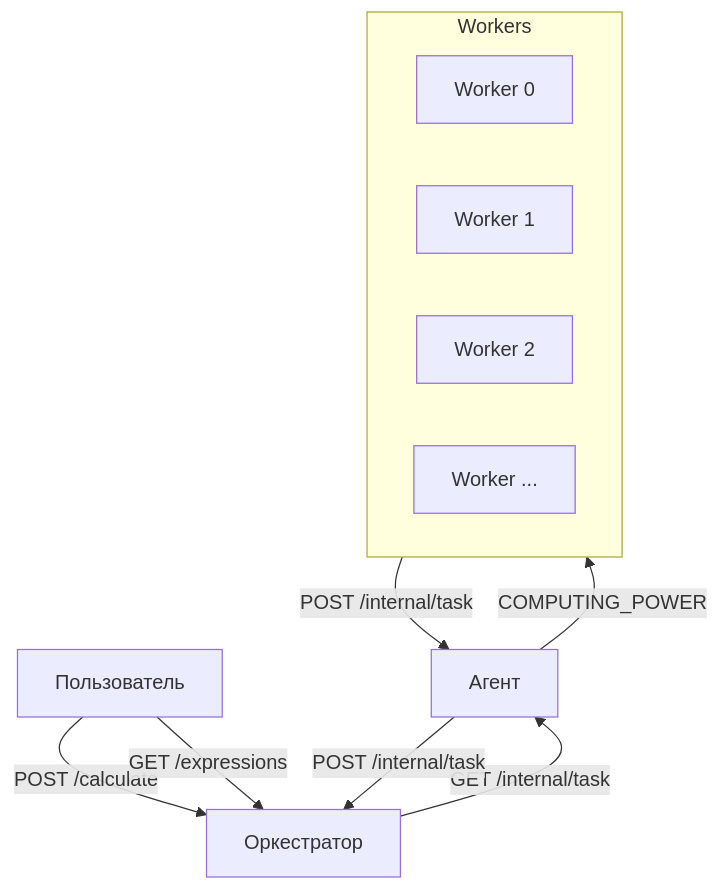
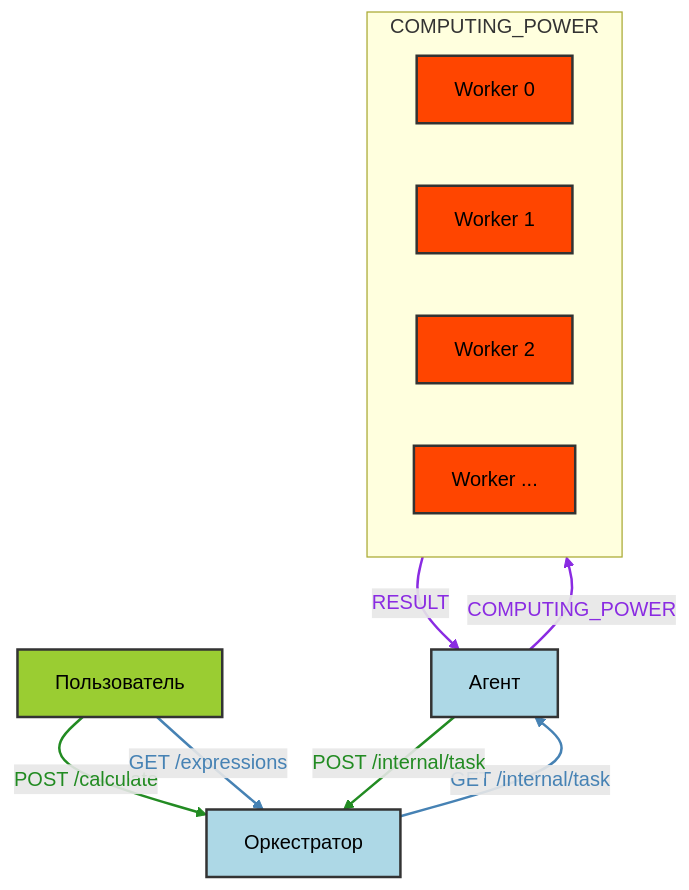
Before and after one commit to Nyamerka/Yandex_Calc_V2: the diagram in README.md, drawn with Mermaid.

````diff
--- a/README.md
+++ b/README.md
@@ -60,15 +60,30 @@
 ```mermaid
 graph TD
-U[Пользователь] -->|POST /calculate| O[Оркестратор]
-U -->|GET /expressions| O
-O -->|GET /internal/task| A[Агент]
-subgraph Workers
-W1[Worker 0]
-W2[Worker 1]
-W3[Worker 2]
-Wn[Worker ...]
-end
-A -->|COMPUTING_POWER| Workers
-Workers -->|POST /internal/task| A
-A -->|POST /internal/task| O
+    U[Пользователь] -->|POST /calculate| O[Оркестратор]
+    U -->|GET /expressions| O
+    O -->|GET /internal/task| A[Агент]
+    subgraph COMPUTING_POWER
+        W1[Worker 0]
+        W2[Worker 1]
+        W3[Worker 2]
+        Wn[Worker ...]
+    end
+    A -->|COMPUTING_POWER| COMPUTING_POWER
+    COMPUTING_POWER -->|RESULT| A
+    A -->|POST /internal/task| O
+
+    style U fill:#9acd32,stroke:#333,stroke-width:2px,color:#000
+    style O fill:#add8e6,stroke:#333,stroke-width:2px,color:#000
+    style A fill:#add8e6,stroke:#333,stroke-width:2px,color:#000
+    style W1 fill:#ff4500,stroke:#333,stroke-width:2px,color:#000
+    style W2 fill:#ff4500,stroke:#333,stroke-width:2px,color:#000
+    style W3 fill:#ff4500,stroke:#333,stroke-width:2px,color:#000
+    style Wn fill:#ff4500,stroke:#333,stroke-width:2px,color:#000
+
+    linkStyle 0 stroke:#228b22,stroke-width:2px,color:#228b22
+    linkStyle 1 stroke:#4682b4,stroke-width:2px,color:#4682b4
+    linkStyle 2 stroke:#4682b4,stroke-width:2px,color:#4682b4
+    linkStyle 3 stroke:#8a2be2,stroke-width:2px,color:#8a2be2
+    linkStyle 4 stroke:#8a2be2,stroke-width:2px,color:#8a2be2
+    linkStyle 5 stroke:#228b22,stroke-width:2px,color:#228b22
 ```
````
